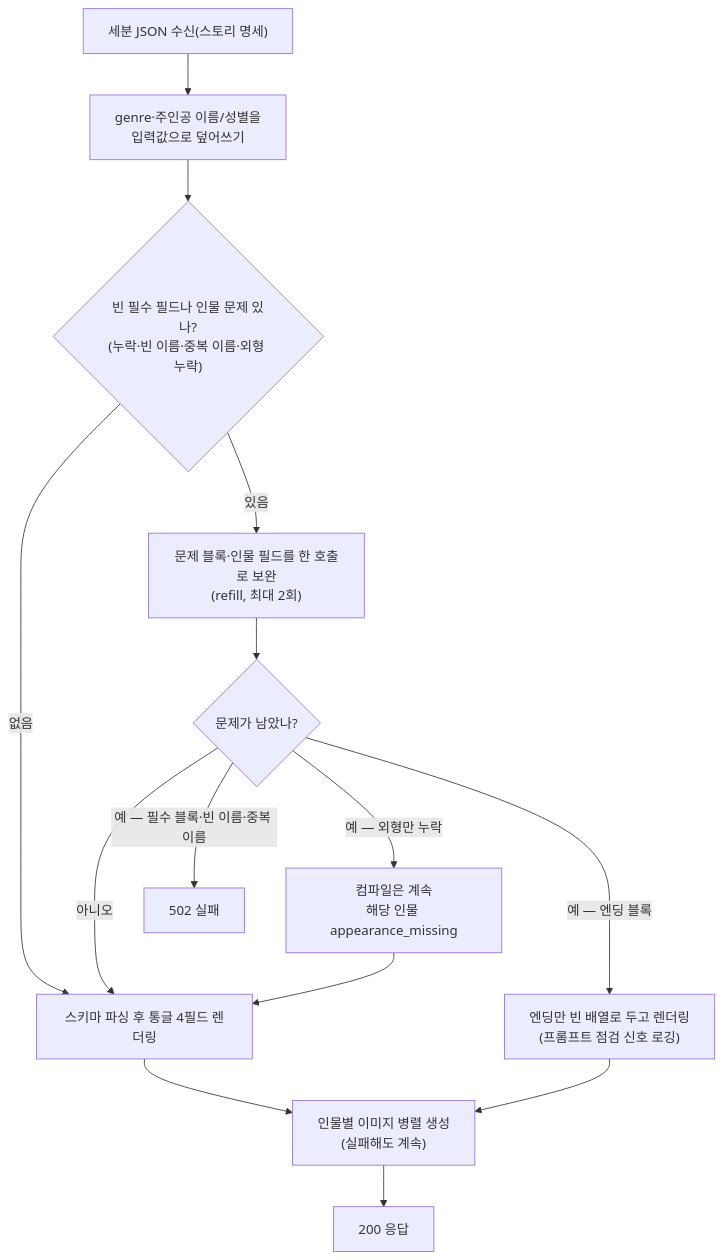
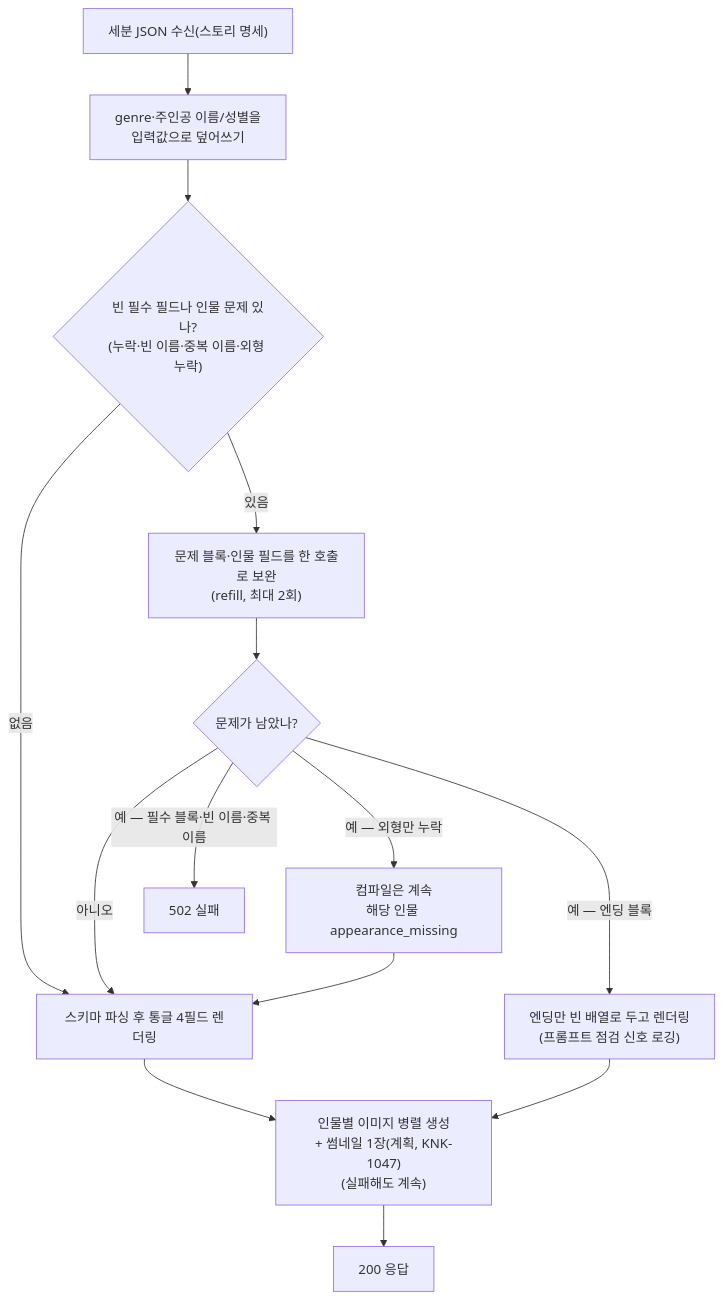
The third of 8 diagrams in docs/product-specs/5-ai-server.md (KIM-N-KANG/knk-harness), drawn with Mermaid before and after one commit. The commit also changed other lines of this file and 3 other files, not shown here.

First line of the commit message:
[KNK-1046] Docs: 스토리 썸네일 AI 생성을 컴파일 응답 계약으로 스펙 반영

````diff
--- a/docs/product-specs/5-ai-server.md
+++ b/docs/product-specs/5-ai-server.md
@@ -475,16 +475,16 @@
 ```mermaid
 graph TD
     In["세분 JSON 수신(스토리 명세)"] --> Inject["genre·주인공 이름/성별을<br/>입력값으로 덮어쓰기"]
     Inject --> Check{"빈 필수 필드나 인물 문제 있나?<br/>(누락·빈 이름·중복 이름·외형 누락)"}
     Check -->|없음| Render["스키마 파싱 후 통글 4필드 렌더링"]
-    Render --> Image["인물별 이미지 병렬 생성<br/>(실패해도 계속)"]
+    Render --> Image["인물별 이미지 병렬 생성<br/>+ 썸네일 1장(계획, KNK-1047)<br/>(실패해도 계속)"]
     Image --> OK[200 응답]
     Check -->|있음| Refill["문제 블록·인물 필드를 한 호출로 보완<br/>(refill, 최대 2회)"]
     Refill --> Re{"문제가 남았나?"}
     Re -->|아니오| Render
     Re -->|"예 — 필수 블록·빈 이름·중복 이름"| F502[502 실패]
     Re -->|"예 — 외형만 누락"| SoftImage["컴파일은 계속<br/>해당 인물 appearance_missing"]
     SoftImage --> Render
     Re -->|"예 — 엔딩 블록"| Empty["엔딩만 빈 배열로 두고 렌더링<br/>(프롬프트 점검 신호 로깅)"]
     Empty --> Image
 ```
````
